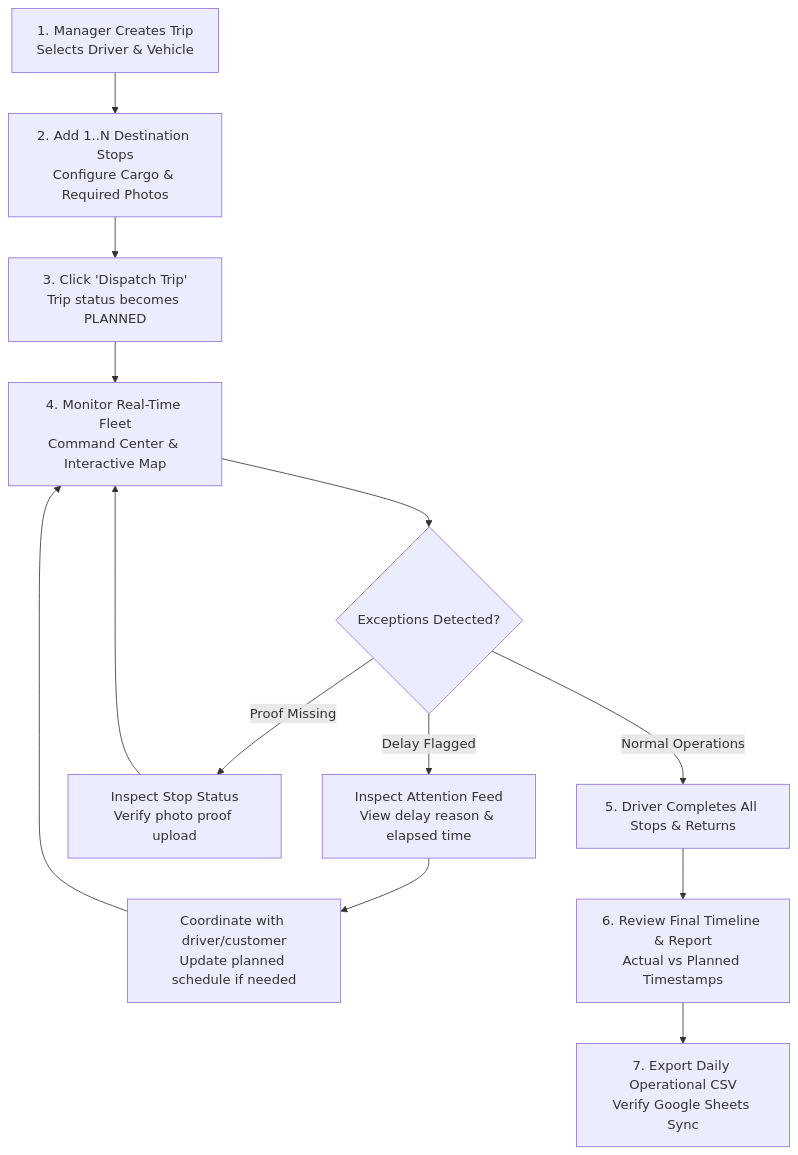
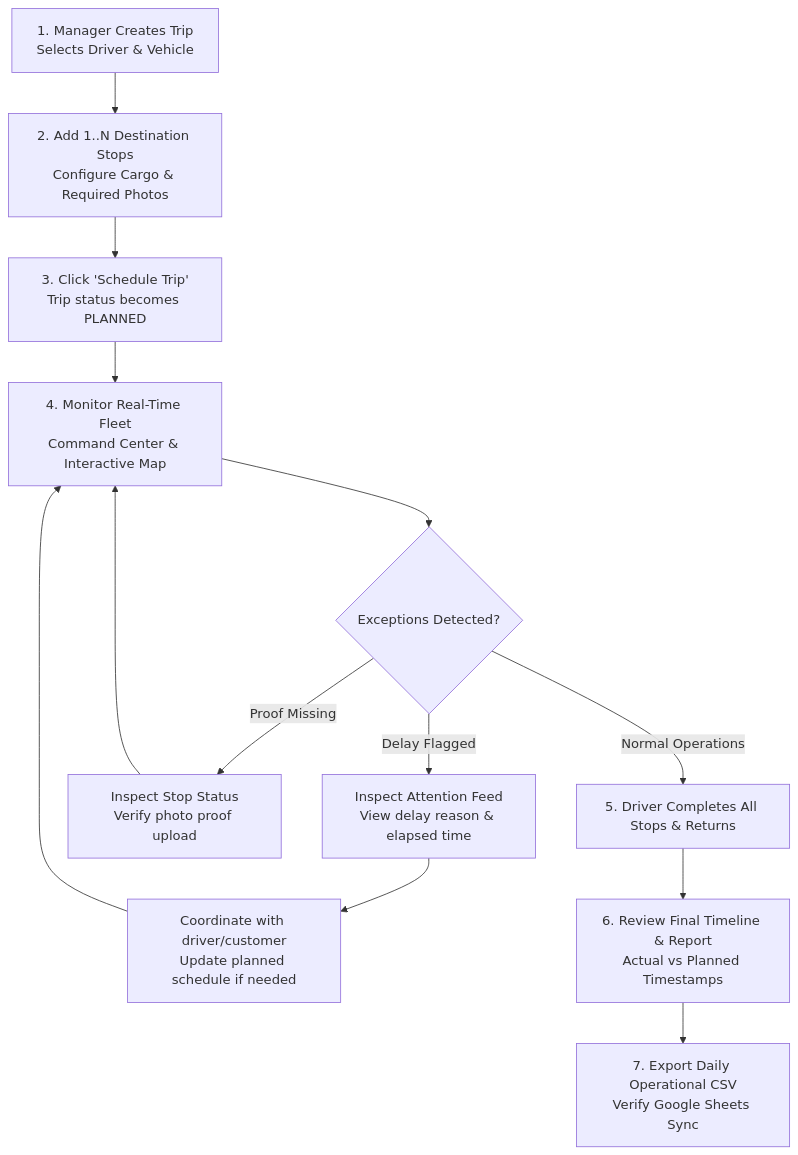
One commit to Nixxzzzzz/truck_tracker changed the second of 2 diagrams in documentation/operations-manual.md. Above: the diagram before and after it, drawn with Mermaid. The commit also changed 1 other file, not shown here.

Commit message:
ui: rename dispatch trip label

````diff
--- a/documentation/operations-manual.md
+++ b/documentation/operations-manual.md
@@ -86,20 +86,20 @@
 ```mermaid
 flowchart TD
     PlanRoute[1. Manager Creates Trip<br/>Selects Driver & Vehicle] --> AddStops[2. Add 1..N Destination Stops<br/>Configure Cargo & Required Photos]
-    AddStops --> Dispatch[3. Click 'Dispatch Trip'<br/>Trip status becomes PLANNED]
+    AddStops --> Dispatch[3. Click 'Schedule Trip'<br/>Trip status becomes PLANNED]
     
     Dispatch --> MonitorFleet[4. Monitor Real-Time Fleet<br/>Command Center & Interactive Map]
     
     MonitorFleet --> CheckException{Exceptions Detected?}
     
     CheckException -- Delay Flagged --> ViewDelay[Inspect Attention Feed<br/>View delay reason & elapsed time]
     ViewDelay --> ContactDriver[Coordinate with driver/customer<br/>Update planned schedule if needed]
     ContactDriver --> MonitorFleet
     
     CheckException -- Proof Missing --> CheckPhoto[Inspect Stop Status<br/>Verify photo proof upload]
     CheckPhoto --> MonitorFleet
     
     CheckException -- Normal Operations --> RouteCompleted[5. Driver Completes All Stops & Returns]
     RouteCompleted --> AuditReport[6. Review Final Timeline & Report<br/>Actual vs Planned Timestamps]
     AuditReport --> ExportCSV[7. Export Daily Operational CSV<br/>Verify Google Sheets Sync]
 ```
````
